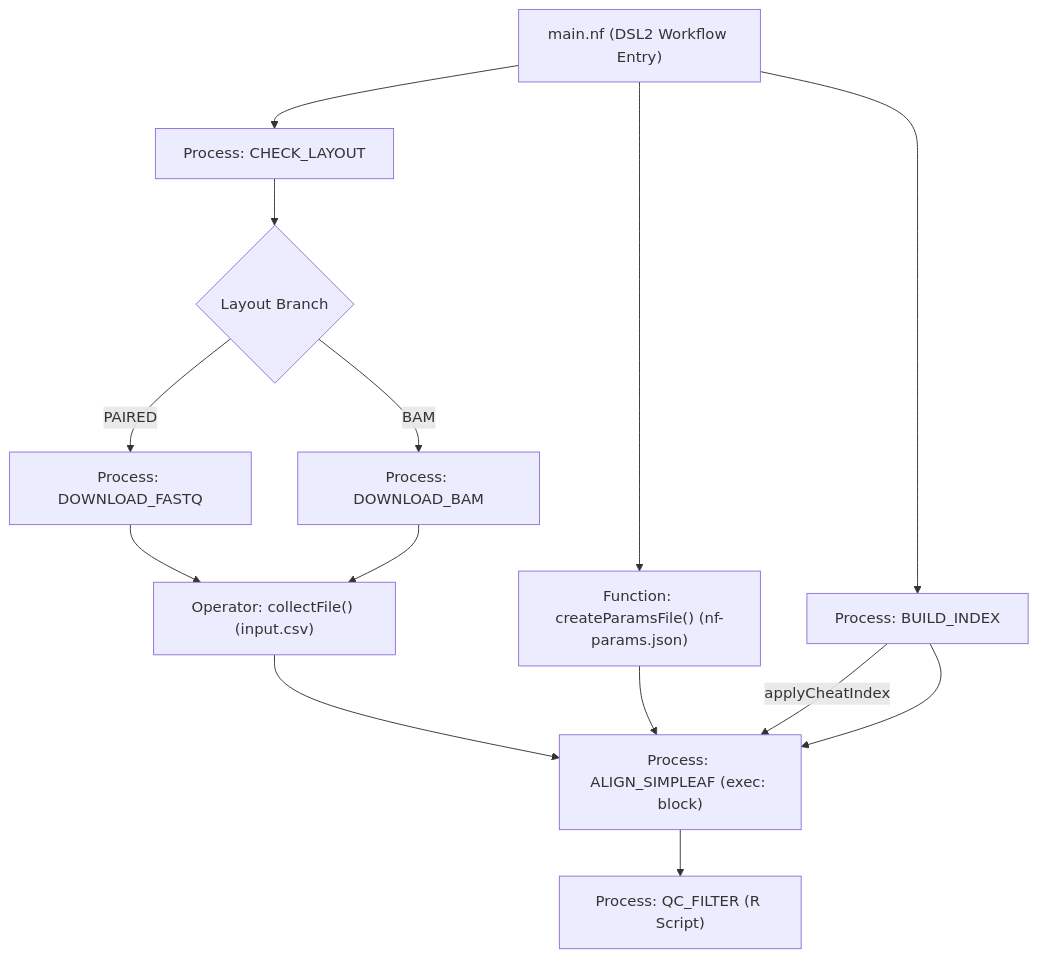
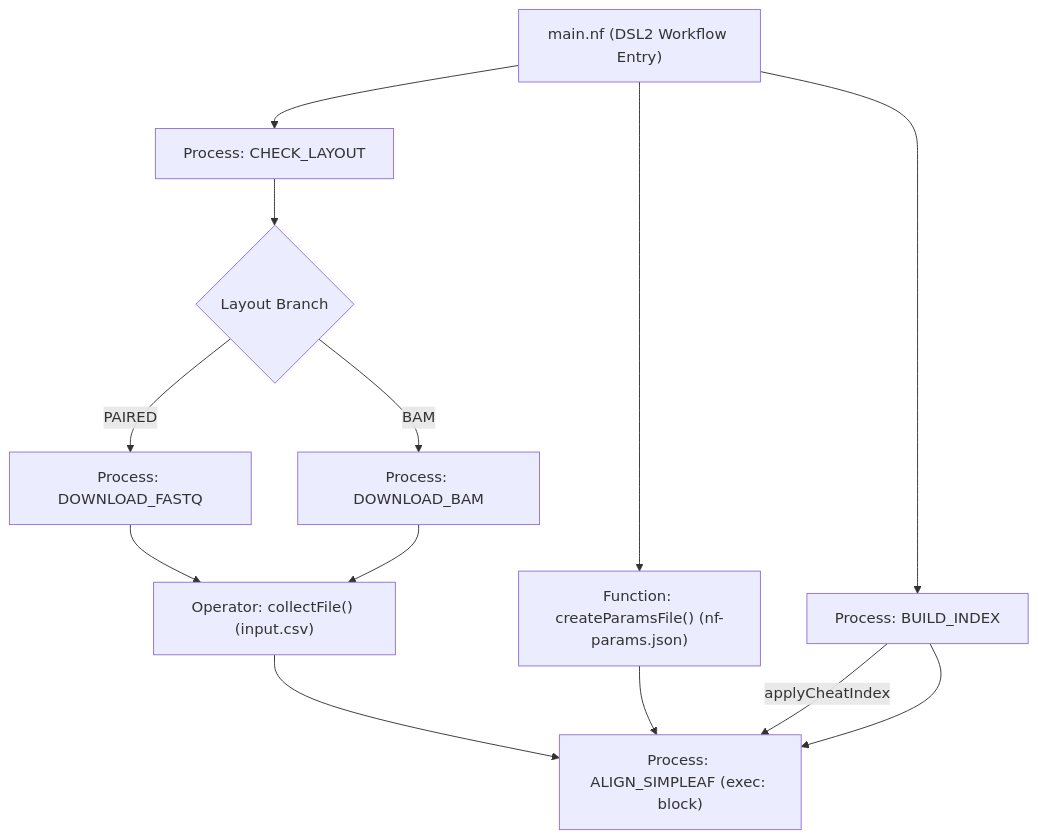
Before and after one commit to ldelitala/sc-isoform-cotan: the diagram in docs/7_script_architecture.md, drawn with Mermaid. The commit also changed other lines of this file and 21 other files, not shown here.

````diff
--- a/docs/7_script_architecture.md
+++ b/docs/7_script_architecture.md
@@ -13,13 +13,12 @@
 ```mermaid
 graph TD
     A["main.nf (DSL2 Workflow Entry)"] --> B["Process: CHECK_LAYOUT"]
     B --> C{Layout Branch}
     C -->|PAIRED| D["Process: DOWNLOAD_FASTQ"]
     C -->|BAM| E["Process: DOWNLOAD_BAM"]
     D & E --> F["Operator: collectFile() (input.csv)"]
     A --> G["Function: createParamsFile() (nf-params.json)"]
     A --> O["Process: BUILD_INDEX"]
     O -->|applyCheatIndex| H
     F & G & O --> H["Process: ALIGN_SIMPLEAF (exec: block)"]
-    H --> I["Process: QC_FILTER (R Script)"]
 ```
````
